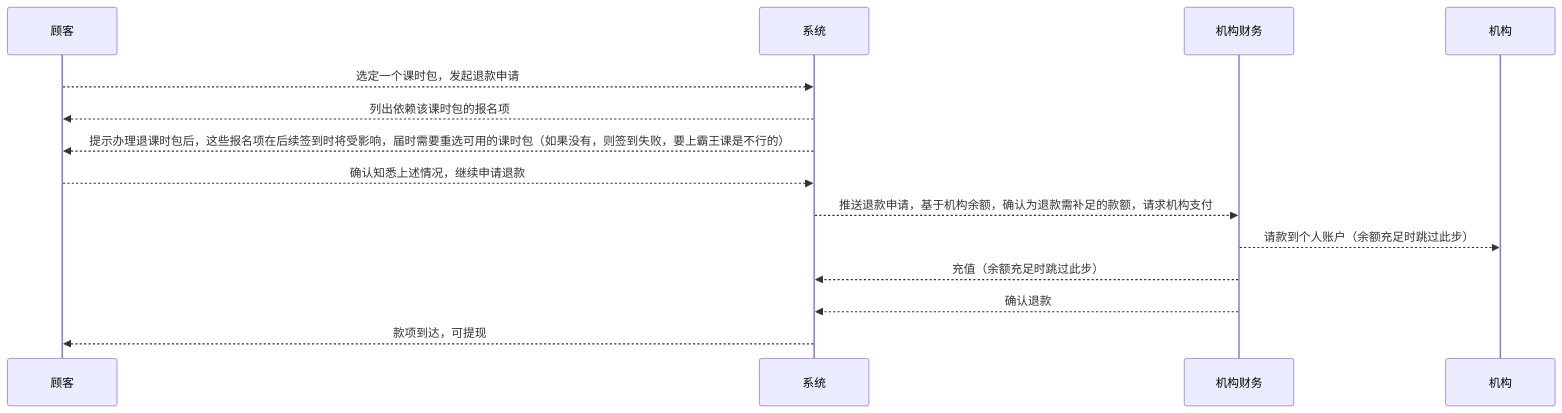
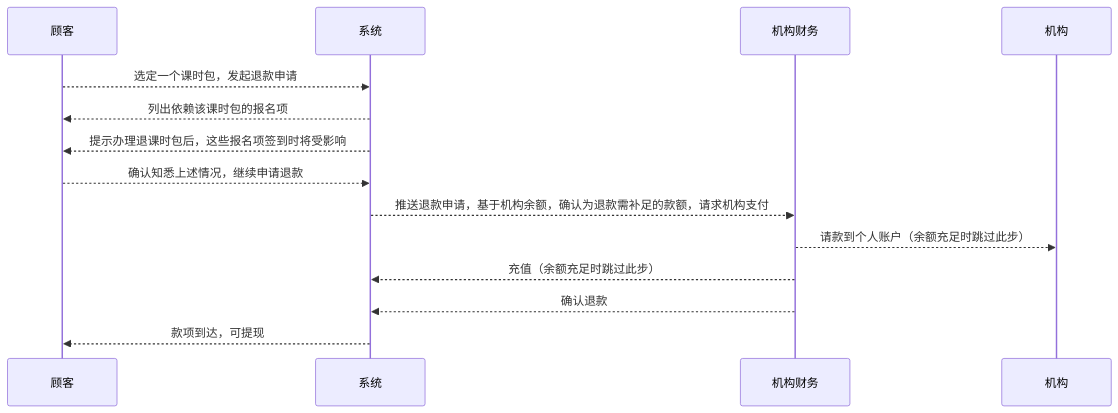
The diagram in 模块/课时包/用例/退课时包.md (world-wide-web/sign), drawn with Mermaid before and after one commit. The commit also changed other lines of this file, not shown here.

````diff
--- a/模块/课时包/用例/退课时包.md
+++ b/模块/课时包/用例/退课时包.md
@@ -11,21 +11,21 @@
 	```mermaid
 	sequenceDiagram
 
 	顾客-->>系统: 选定一个课时包，发起退款申请
 
 	系统-->>顾客: 列出依赖该课时包的报名项
 
-	系统-->>顾客: 提示办理退课时包后，这些报名项在后续签到时将受影响，届时需要重选可用的课时包（如果没有，则签到失败，要上霸王课是不行的）
+	系统-->>顾客: 提示办理退课时包后，这些报名项签到时将受影响
 
 	顾客-->>系统: 确认知悉上述情况，继续申请退款
 
 	系统-->>机构财务: 推送退款申请，基于机构余额，确认为退款需补足的款额，请求机构支付
 
 	机构财务-->>机构: 请款到个人账户（余额充足时跳过此步）
 	
 	机构财务-->>系统: 充值（余额充足时跳过此步）
 	
 	机构财务-->>系统: 确认退款
 
 	系统-->>顾客: 款项到达，可提现
 	```
````
